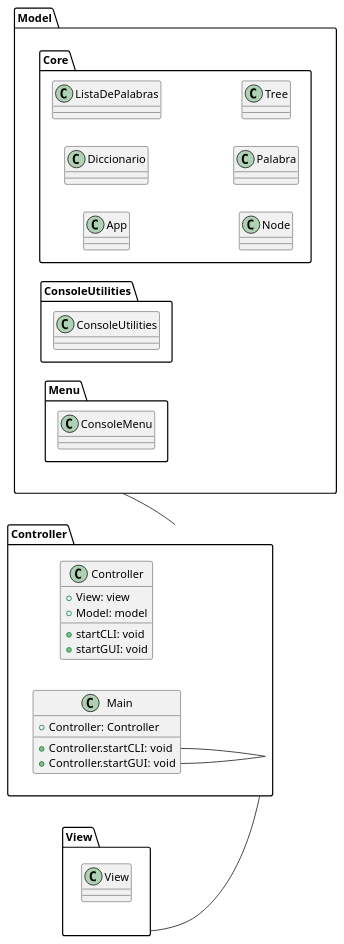
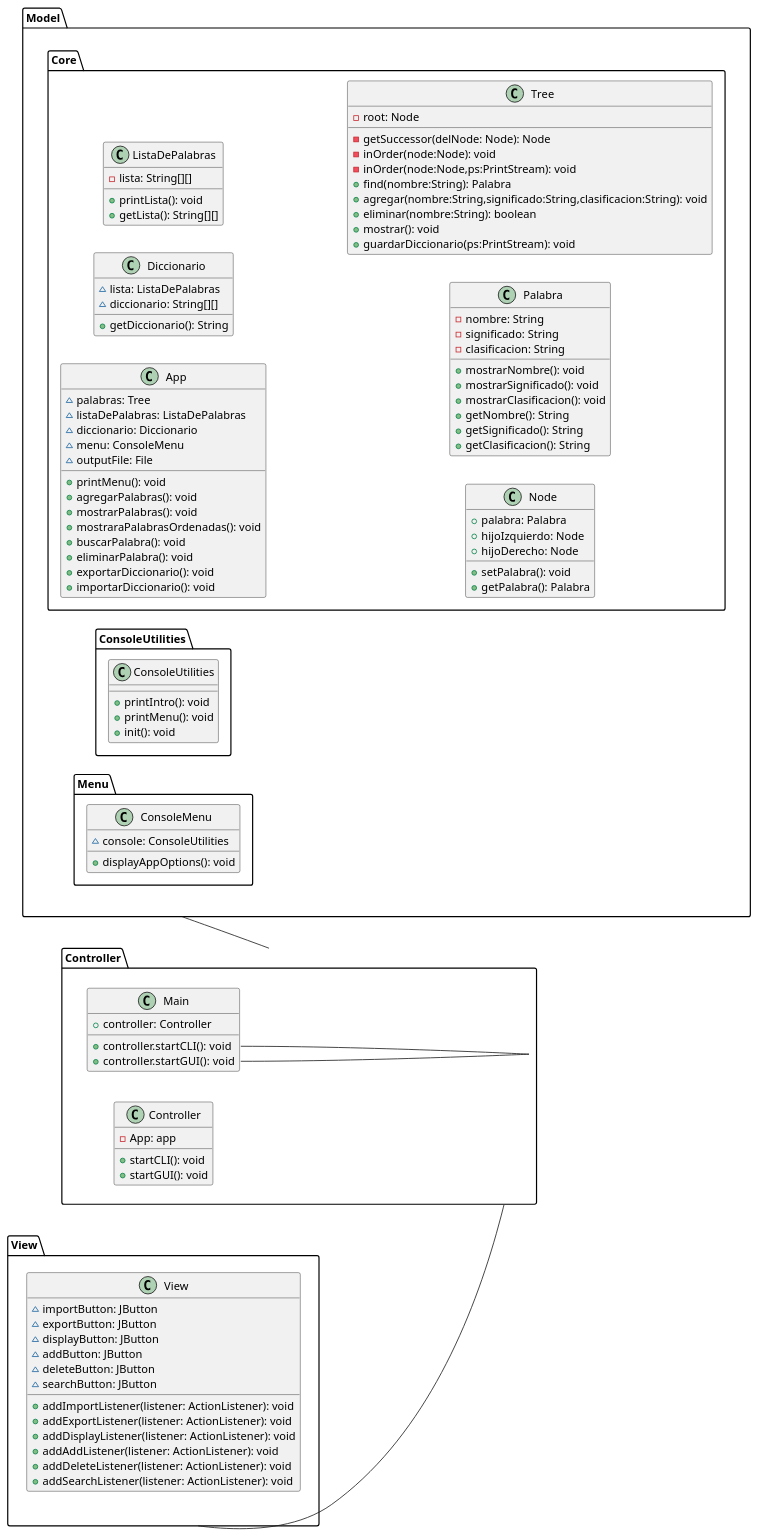
The diagram in uml.org (Ma-Nu-El/Complejidad-Computacional-App), drawn with PlantUML before and after one commit. The commit also changed other lines of this file and 4 other files, not shown here.

Commit message:
continue UML

```diff
--- a/uml.org
+++ b/uml.org
@@ -45,18 +47,19 @@
 
 'Controller'
 package "Controller"  {
-        class Controller {
-                + {field} View: view
-                + {field} Model: model
-                + {method} startCLI: void
-                + {method} startGUI: void
+
+        class Main {
+                + {field} controller: Controller
+                + {method} controller.startCLI(): void
+                + {method} controller.startGUI(): void
         }
 
-        class Main {
-                + {field} Controller: Controller
-                + {method} Controller.startCLI: void
-                + {method} Controller.startGUI: void
+        class Controller {
+                - {field} App: app
+                + {method} startCLI(): void
+                + {method} startGUI(): void
         }
+
 }
 
 'Model'
@@ -64,35 +67,94 @@
 
         package "Core"{
                 class App {
+                        ~ {field} palabras: Tree
+                        ~ {field} listaDePalabras: ListaDePalabras
+                        ~ {field} diccionario: Diccionario
+                        ~ {field} menu: ConsoleMenu
+                        ~ {field} outputFile: File
+                        + {method} printMenu(): void
+                        + {method} agregarPalabras(): void
+                        + {method} mostrarPalabras(): void
+                        + {method} mostraraPalabrasOrdenadas(): void
+                        + {method} buscarPalabra(): void
+                        + {method} eliminarPalabra(): void
+                        + {method} exportarDiccionario(): void
+                        + {method} importarDiccionario(): void
                 }
                 class Diccionario {
+                        ~ {field} lista: ListaDePalabras
+                        ~ {field} diccionario: String[][]
+                        + {method} getDiccionario(): String
                 }
                 class ListaDePalabras {
+                        - {field} lista: String[][]
+                        + {method} printLista(): void
+                        + {method} getLista(): String[][]
                 }
                 class Node {
+                        + {field} palabra: Palabra
+                        + {field} hijoIzquierdo: Node
+                        + {field} hijoDerecho: Node
+                        + {method} setPalabra(): void
+                        + {method} getPalabra(): Palabra
                 }
                 class Palabra {
+                        - {field} nombre: String
+                        - {field} significado: String
+                        - {field} clasificacion: String
+                        + {method} mostrarNombre(): void
+                        + {method} mostrarSignificado(): void
+                        + {method} mostrarClasificacion(): void
+                        + {method} getNombre(): String
+                        + {method} getSignificado(): String
+                        + {method} getClasificacion(): String
                 }
                 class Tree {
+                        - {field} root: Node
+                        - {method} getSuccessor(delNode: Node): Node
+                        - {method} inOrder(node:Node): void
+                        - {method} inOrder(node:Node,ps:PrintStream): void
+                        + {method} find(nombre:String): Palabra
+                        + {method} agregar(nombre:String,significado:String,clasificacion:String): void
+                        + {method} eliminar(nombre:String): boolean
+                        + {method} mostrar(): void
+                        + {method} guardarDiccionario(ps:PrintStream): void
                 }
 
         }
         package "ConsoleUtilities"{
                 class ConsoleUtilities{
+                        + {method} printIntro(): void
+                        + {method} printMenu(): void
+                        + {method} init(): void
                 }
 
         }
         package "Menu"{
                 class ConsoleMenu{
+                        ~ {field} console: ConsoleUtilities
+                        + {method} displayAppOptions(): void
                 }
         }
-
 
 }
 
 'View'
 package "View"  {
         class View {
+                ~ {field} importButton: JButton
+                ~ {field} exportButton: JButton
+                ~ {field} displayButton: JButton
+                ~ {field} addButton: JButton
+                ~ {field} deleteButton: JButton
+                ~ {field} searchButton: JButton
+                + {method} addImportListener(listener: ActionListener): void
+                + {method} addExportListener(listener: ActionListener): void
+                + {method} addDisplayListener(listener: ActionListener): void
+                + {method} addAddListener(listener: ActionListener): void
+                + {method} addDeleteListener(listener: ActionListener): void
+                + {method} addSearchListener(listener: ActionListener): void
+
         }
 }
 
```
